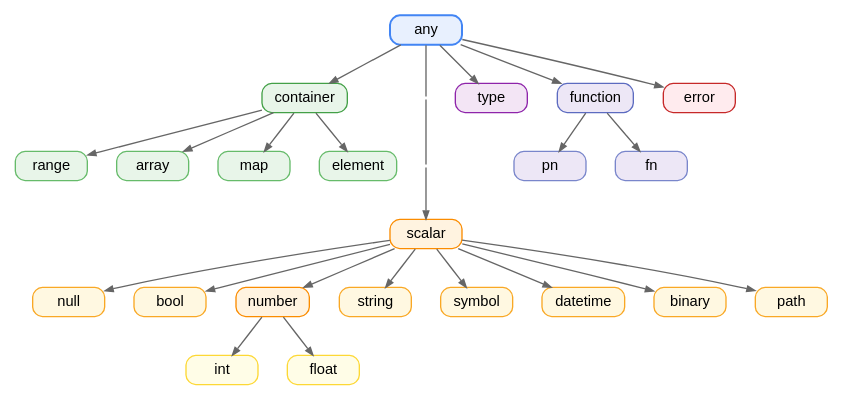
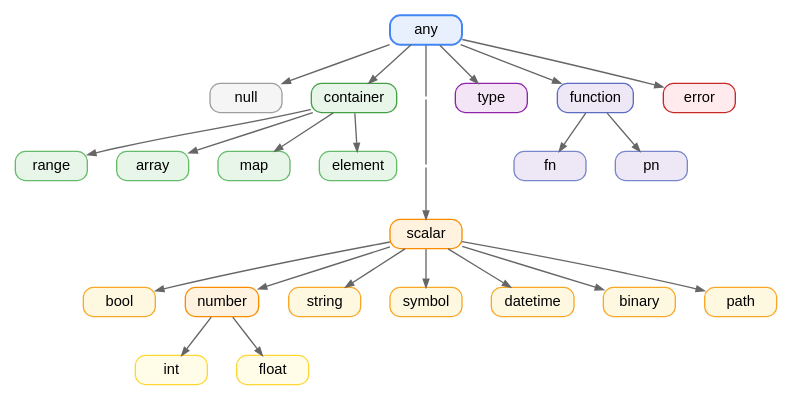
The diagram in doc/type_hierarchy.dot (henry-luo/lambda), drawn with Graphviz before and after one commit. The commit also changed 1 other file, not shown here.

Commit message:
tuned type chart

```diff
--- a/doc/type_hierarchy.dot
+++ b/doc/type_hierarchy.dot
@@ -1,106 +1,115 @@
 digraph TypeHierarchy {
     // Layout
     rankdir=TB;
     nodesep=0.3;
     ranksep=0.4;
     
     // Global node style
     node [
         shape=box,
         style="rounded,filled",
         fontname="Helvetica",
         fontsize=11,
         height=0.3,
         margin="0.08,0.04"
     ];
     
     edge [
         arrowsize=0.6,
         color="#666666"
     ];
 
     // Top type
     any [fillcolor="#E8F0FE", color="#4285F4", penwidth=1.5];
 
     // Waypoint nodes for straight any→scalar center line (zero-size)
     dot1 [shape=point, width=0, height=0];
     dot2 [shape=point, width=0, height=0];
 
     // Level 1 children of any
     scalar [fillcolor="#FFF3E0", color="#FB8C00"];
     container [fillcolor="#E8F5E9", color="#43A047"];
     type [fillcolor="#F3E5F5", color="#8E24AA"];
     function [fillcolor="#EDE7F6", color="#5C6BC0"];
     error [fillcolor="#FFEBEE", color="#C62828"];
 
     // Scalar subtypes
-    null [fillcolor="#FFF8E1", color="#F9A825"];
+    null [fillcolor="#F5F5F5", color="#9E9E9E"];
     bool [fillcolor="#FFF8E1", color="#F9A825"];
     number [fillcolor="#FFF3E0", color="#FB8C00"];
     string [fillcolor="#FFF8E1", color="#F9A825"];
     symbol [fillcolor="#FFF8E1", color="#F9A825"];
     datetime [fillcolor="#FFF8E1", color="#F9A825"];
     binary [fillcolor="#FFF8E1", color="#F9A825"];
     path [fillcolor="#FFF8E1", color="#F9A825"];
 
     // Number subtypes
     int [fillcolor="#FFFDE7", color="#FDD835"];
     float [fillcolor="#FFFDE7", color="#FDD835"];
 
     // Container subtypes
     range [fillcolor="#E8F5E9", color="#66BB6A"];
     array [fillcolor="#E8F5E9", color="#66BB6A"];
     map [fillcolor="#E8F5E9", color="#66BB6A"];
     element [fillcolor="#E8F5E9", color="#66BB6A"];
 
     // Function subtypes
     fn [fillcolor="#EDE7F6", color="#7986CB"];
     pn [fillcolor="#EDE7F6", color="#7986CB"];
 
     // Center line: any → dot1 → dot2 → scalar (straight vertical)
     any -> dot1 [arrowhead=none, weight=100];
     dot1 -> dot2 [arrowhead=none, weight=100];
     dot2 -> scalar [weight=100];
 
     // Left branch: container
     any -> container;
     container -> range;
     container -> array;
     container -> map;
     container -> element;
 
-    // Right branches: type, function, error
+    // Right branches: type, function, error, null
     any -> function;
     any -> type;
     any -> error;
+    any -> null;
+    function -> pn;
     function -> fn;
-    function -> pn;
+    
     
     // Scalar -> subtypes
-    scalar -> null;
     scalar -> bool;
     scalar -> number;
     scalar -> string;
     scalar -> symbol;
     scalar -> datetime;
     scalar -> binary;
     scalar -> path;
 
     // Number subtypes
     number -> int;
     number -> float;
 
     // Rank hints — left | center | right at each level
-    {rank=same; container; dot1; function; type; error}
-    {rank=same; range; array; map; element; dot2; pn; fn}
+    {rank=same; null; container; dot1; function; type; error}
+    {rank=same; range; array; map; element; dot2; fn; pn}
     {rank=same; scalar}
-    {rank=same; null; bool; number; string; symbol; datetime; binary; path}
+    {rank=same; bool; number; string; symbol; datetime; binary; path}
     {rank=same; int; float}
 
-    // Invisible ordering edges to keep container LEFT, type/func/error RIGHT of center
+    // Invisible ordering edges for left-to-right positioning
+    // Level 1: null | container | [dot1] | type | function | error
+    null -> container [style=invis];
     container -> dot1 [style=invis];
     dot1 -> type [style=invis];
-    range -> dot2 [style=invis];
-    dot2 -> pn [style=invis, minlen=3];
-    pn -> fn [style=invis];
+    type -> function [style=invis];
+    function -> error [style=invis];
+    // Level 2: range | array | map | element | [dot2] | pn | fn
+    range -> array [style=invis];
+    array -> map [style=invis];
+    map -> element [style=invis];
+    element -> dot2 [style=invis];
+    dot2 -> fn [style=invis, minlen=3];
+    fn -> pn [style=invis];
 }
```
